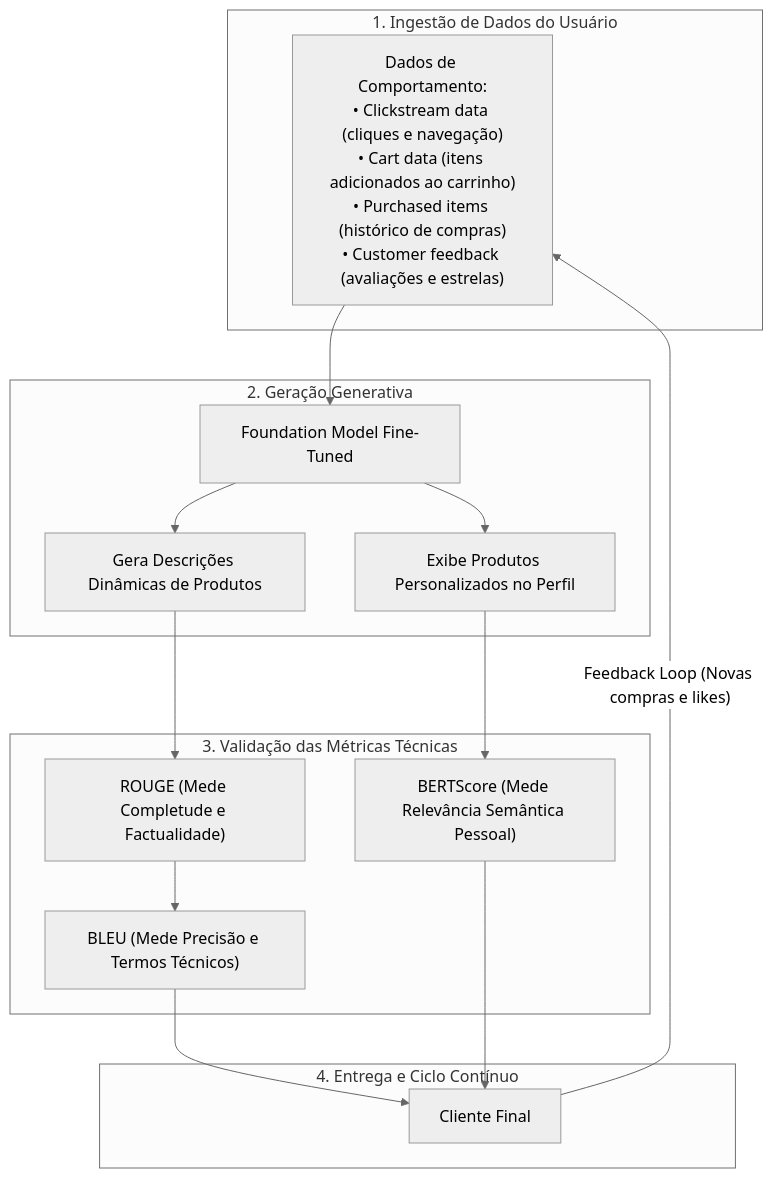
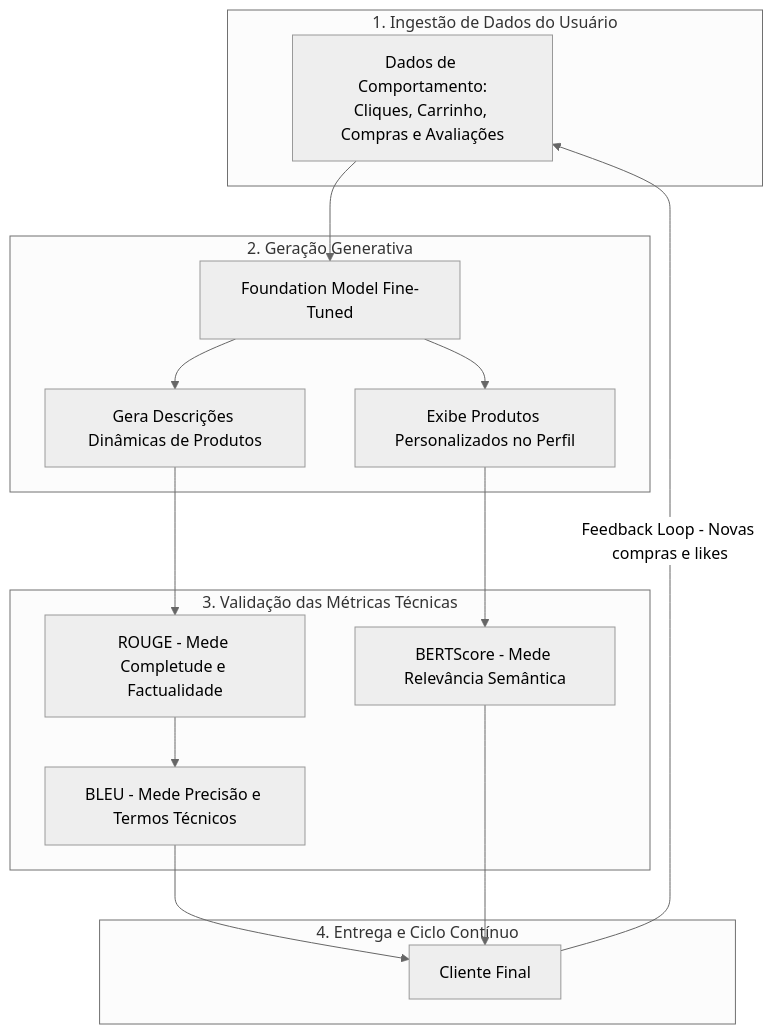
One commit to LucasMartins-33/Resumo-da-certifica-o-AWS changed the sixth of 7 diagrams in Modulo-06-Optimizing-Foundation-Models.md. Above: the diagram before and after it, drawn with Mermaid (neutral theme). The commit also changed other lines of this file, not shown here.

````diff
--- a/Modulo-06-Optimizing-Foundation-Models.md
+++ b/Modulo-06-Optimizing-Foundation-Models.md
@@ -252,24 +252,24 @@
 ```mermaid
 flowchart TD
     subgraph Ingestao ["1. Ingestão de Dados do Usuário"]
-        IN["Dados de Comportamento:\n• Clickstream data (cliques e navegação)\n• Cart data (itens adicionados ao carrinho)\n• Purchased items (histórico de compras)\n• Customer feedback (avaliações e estrelas)"]
+        IN["Dados de Comportamento:<br/>Cliques, Carrinho, Compras e Avaliações"]
     end
 
     subgraph Modelo ["2. Geração Generativa"]
         IN --> FM["Foundation Model Fine-Tuned"]
         FM --> OUT1["Gera Descrições Dinâmicas de Produtos"]
         FM --> OUT2["Exibe Produtos Personalizados no Perfil"]
     end
 
     subgraph Metricas ["3. Validação das Métricas Técnicas"]
-        OUT1 --> M1["ROUGE (Mede Completude e Factualidade)"]
-        M1 --> M2["BLEU (Mede Precisão e Termos Técnicos)"]
-        OUT2 --> M3["BERTScore (Mede Relevância Semântica Pessoal)"]
+        OUT1 --> M1["ROUGE - Mede Completude e Factualidade"]
+        M1 --> M2["BLEU - Mede Precisão e Termos Técnicos"]
+        OUT2 --> M3["BERTScore - Mede Relevância Semântica"]
     end
 
     subgraph Usuario ["4. Entrega e Ciclo Contínuo"]
         M2 --> CLI["Cliente Final"]
         M3 --> CLI
-        CLI -->|"Feedback Loop (Novas compras e likes)"| IN
+        CLI -->|"Feedback Loop - Novas compras e likes"| IN
     end
 ```
````
